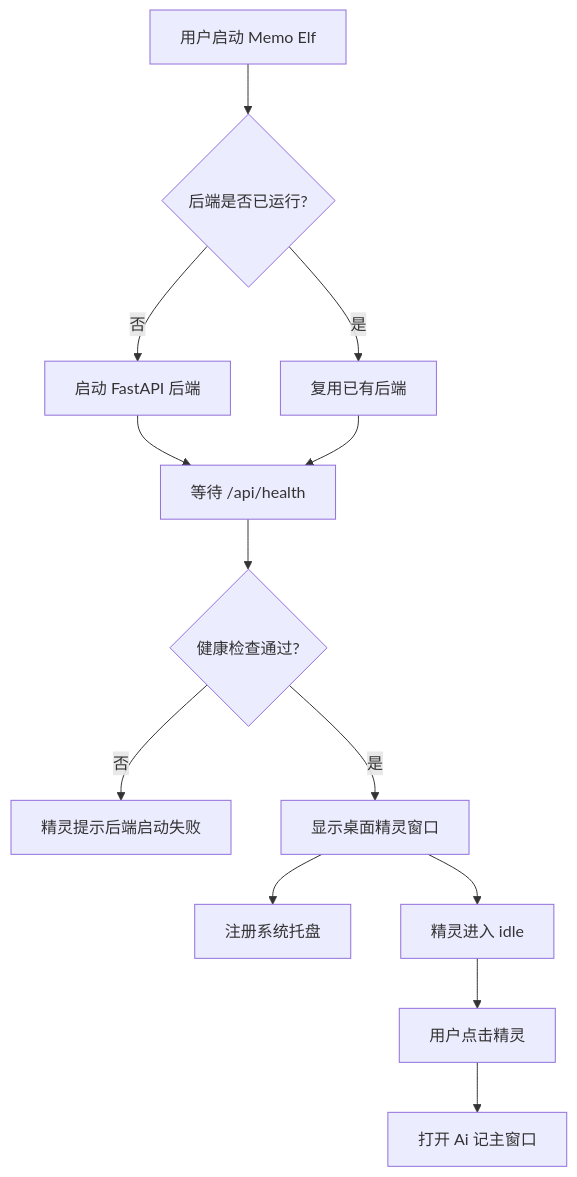
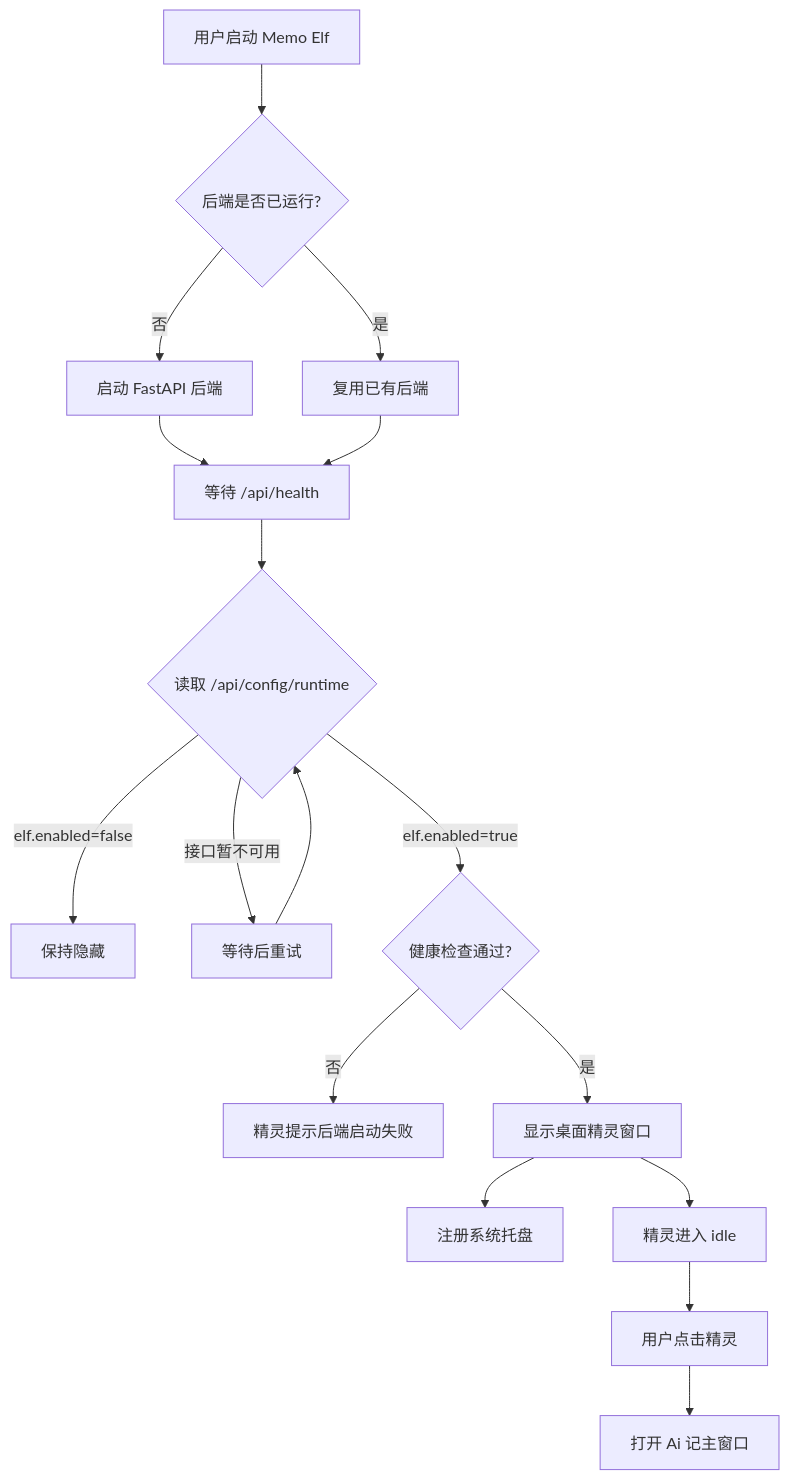
The first of 2 diagrams in docs/desktop/memo-elf-desktop-architecture.md (LiuJiaxuan1024/AiMemo), drawn with Mermaid before and after one commit. The commit also changed other lines of this file and 79 other files, not shown here.

Commit message:
Update docs and voice elf runtime

````diff
--- a/docs/desktop/memo-elf-desktop-architecture.md
+++ b/docs/desktop/memo-elf-desktop-architecture.md
@@ -215,15 +217,19 @@
 ```mermaid
 flowchart TD
   Start[用户启动 Memo Elf] --> CheckBackend{后端是否已运行?}
   CheckBackend -->|是| UseBackend[复用已有后端]
   CheckBackend -->|否| StartBackend[启动 FastAPI 后端]
   StartBackend --> WaitHealth[等待 /api/health]
   UseBackend --> WaitHealth
-  WaitHealth --> BackendOk{健康检查通过?}
+  WaitHealth --> Config{读取 /api/config/runtime}
+  Config -->|elf.enabled=false| Hidden[保持隐藏]
+  Config -->|接口暂不可用| Retry[等待后重试]
+  Retry --> Config
+  Config -->|elf.enabled=true| BackendOk{健康检查通过?}
   BackendOk -->|否| ShowError[精灵提示后端启动失败]
   BackendOk -->|是| OpenElf[显示桌面精灵窗口]
   OpenElf --> Tray[注册系统托盘]
   OpenElf --> Ready[精灵进入 idle]
   Ready --> UserClick[用户点击精灵]
   UserClick --> OpenMain[打开 Ai 记主窗口]
 ```
````
